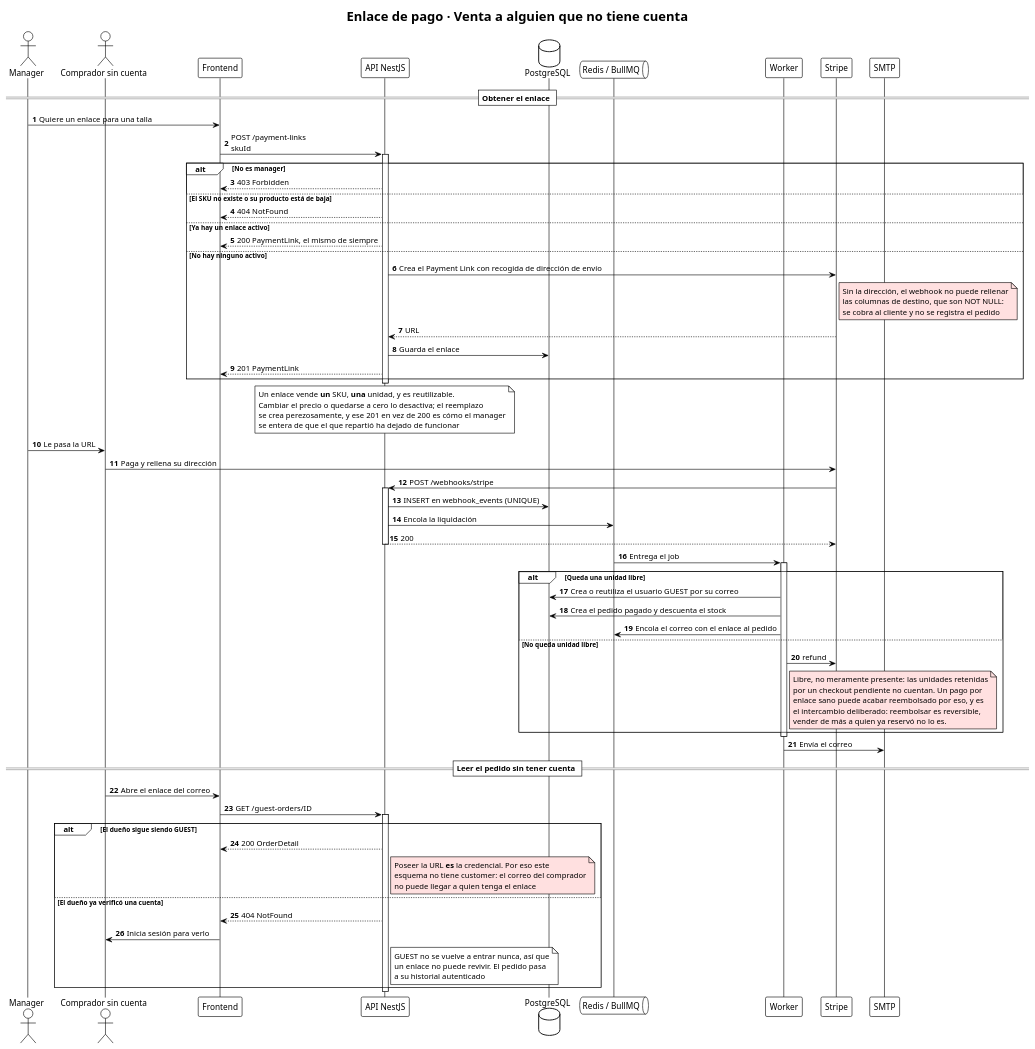
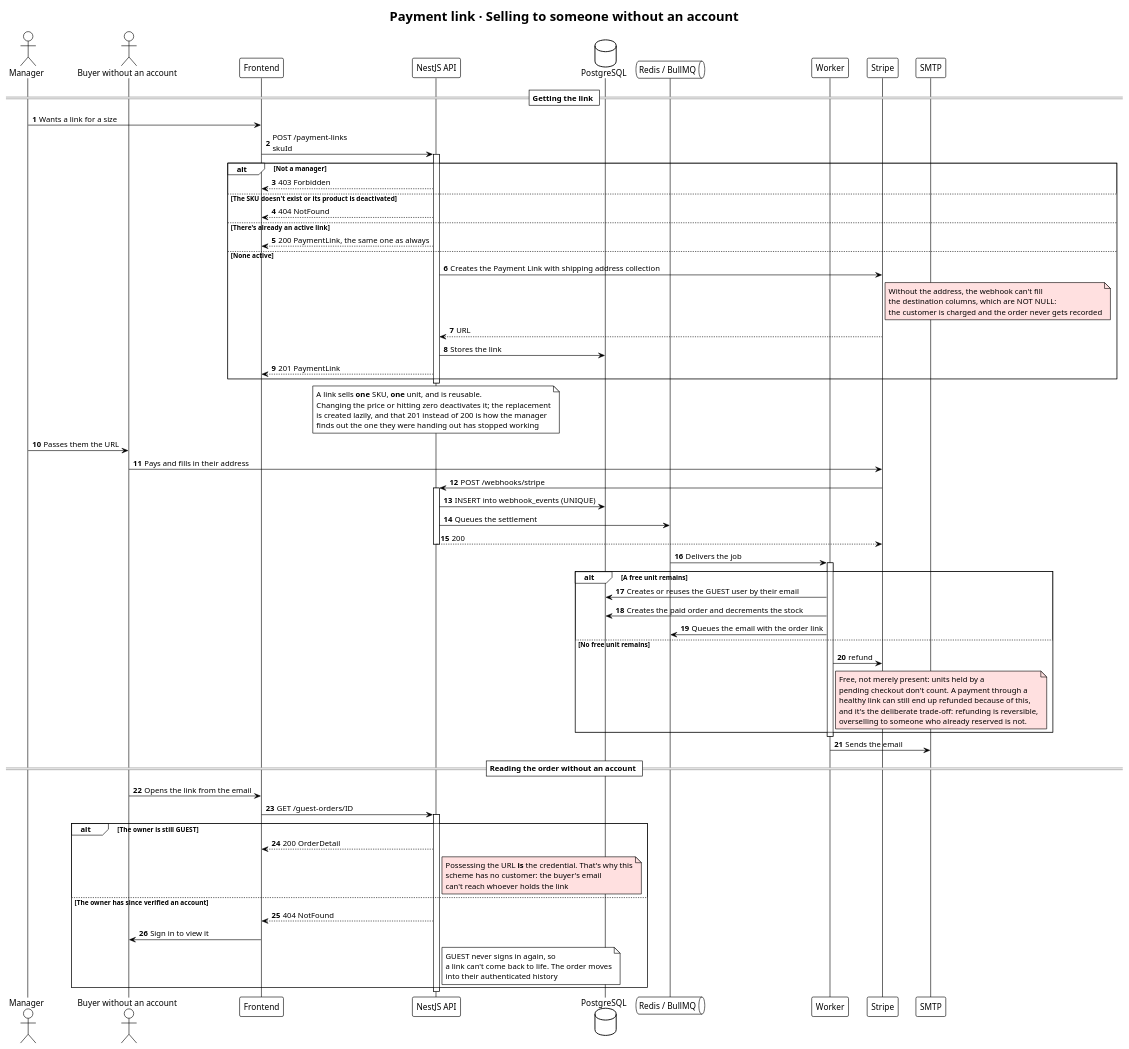
Before and after one commit to fabianespinoza-ravn/tshirt-store-api: the diagram in docs/flows/09-payment-link-guest.puml, drawn with PlantUML. The commit also changed 10 other files, not shown here.

First line of the commit message:
docs(flows): translate PlantUML diagram content to English

```diff
--- a/docs/flows/09-payment-link-guest.puml
+++ b/docs/flows/09-payment-link-guest.puml
@@ -1,80 +1,80 @@
 @startuml
 !theme plain
-title Enlace de pago · Venta a alguien que no tiene cuenta
+title Payment link · Selling to someone without an account
 autonumber
 skinparam responseMessageBelowArrow true
 
 actor "Manager" as MG
-actor "Comprador sin cuenta" as G
+actor "Buyer without an account" as G
 participant "Frontend" as F
-participant "API NestJS" as A
+participant "NestJS API" as A
 database "PostgreSQL" as DB
 queue "Redis / BullMQ" as Q
 participant "Worker" as W
 participant "Stripe" as S
 participant "SMTP" as M
 
-== Obtener el enlace ==
-MG -> F : Quiere un enlace para una talla
+== Getting the link ==
+MG -> F : Wants a link for a size
 F -> A : POST /payment-links\nskuId
 activate A
-alt No es manager
+alt Not a manager
   A --> F : 403 Forbidden
-else El SKU no existe o su producto está de baja
+else The SKU doesn't exist or its product is deactivated
   A --> F : 404 NotFound
-else Ya hay un enlace activo
-  A --> F : 200 PaymentLink, el mismo de siempre
-else No hay ninguno activo
-  A -> S : Crea el Payment Link con recogida de dirección de envío
-  note right of S #ffe0e0 : Sin la dirección, el webhook no puede rellenar\nlas columnas de destino, que son NOT NULL:\nse cobra al cliente y no se registra el pedido
+else There's already an active link
+  A --> F : 200 PaymentLink, the same one as always
+else None active
+  A -> S : Creates the Payment Link with shipping address collection
+  note right of S #ffe0e0 : Without the address, the webhook can't fill\nthe destination columns, which are NOT NULL:\nthe customer is charged and the order never gets recorded
   S --> A : URL
-  A -> DB : Guarda el enlace
+  A -> DB : Stores the link
   A --> F : 201 PaymentLink
 end
 deactivate A
-note over A : Un enlace vende **un** SKU, **una** unidad, y es reutilizable.\nCambiar el precio o quedarse a cero lo desactiva; el reemplazo\nse crea perezosamente, y ese 201 en vez de 200 es cómo el manager\nse entera de que el que repartió ha dejado de funcionar
+note over A : A link sells **one** SKU, **one** unit, and is reusable.\nChanging the price or hitting zero deactivates it; the replacement\nis created lazily, and that 201 instead of 200 is how the manager\nfinds out the one they were handing out has stopped working
 
-MG -> G : Le pasa la URL
-G -> S : Paga y rellena su dirección
+MG -> G : Passes them the URL
+G -> S : Pays and fills in their address
 S -> A : POST /webhooks/stripe
 
 activate A
-A -> DB : INSERT en webhook_events (UNIQUE)
-A -> Q : Encola la liquidación
+A -> DB : INSERT into webhook_events (UNIQUE)
+A -> Q : Queues the settlement
 A --> S : 200
 deactivate A
 
-Q -> W : Entrega el job
+Q -> W : Delivers the job
 activate W
-alt Queda una unidad **libre**
-  W -> DB : Crea o reutiliza el usuario GUEST por su correo
-  W -> DB : Crea el pedido pagado y descuenta el stock
-  W -> Q : Encola el correo con el enlace al pedido
-else No queda unidad libre
+alt A **free** unit remains
+  W -> DB : Creates or reuses the GUEST user by their email
+  W -> DB : Creates the paid order and decrements the stock
+  W -> Q : Queues the email with the order link
+else No free unit remains
   W -> S : refund
   note right of W #ffe0e0
-    Libre, no meramente presente: las unidades retenidas
-    por un checkout pendiente no cuentan. Un pago por
-    enlace sano puede acabar reembolsado por eso, y es
-    el intercambio deliberado: reembolsar es reversible,
-    vender de más a quien ya reservó no lo es.
+    Free, not merely present: units held by a
+    pending checkout don't count. A payment through a
+    healthy link can still end up refunded because of this,
+    and it's the deliberate trade-off: refunding is reversible,
+    overselling to someone who already reserved is not.
   end note
 end
 deactivate W
-W -> M : Envía el correo
+W -> M : Sends the email
 
-== Leer el pedido sin tener cuenta ==
-G -> F : Abre el enlace del correo
+== Reading the order without an account ==
+G -> F : Opens the link from the email
 F -> A : GET /guest-orders/ID
 activate A
-alt El dueño sigue siendo GUEST
+alt The owner is still GUEST
   A --> F : 200 OrderDetail
-  note right of A #ffe0e0 : Poseer la URL **es** la credencial. Por eso este\nesquema no tiene customer: el correo del comprador\nno puede llegar a quien tenga el enlace
-else El dueño ya verificó una cuenta
+  note right of A #ffe0e0 : Possessing the URL **is** the credential. That's why this\nscheme has no customer: the buyer's email\ncan't reach whoever holds the link
+else The owner has since verified an account
   A --> F : 404 NotFound
-  F -> G : Inicia sesión para verlo
-  note right of A : GUEST no se vuelve a entrar nunca, así que\nun enlace no puede revivir. El pedido pasa\na su historial autenticado
+  F -> G : Sign in to view it
+  note right of A : GUEST never signs in again, so\na link can't come back to life. The order moves\ninto their authenticated history
 end
 deactivate A
 
 @enduml
```
